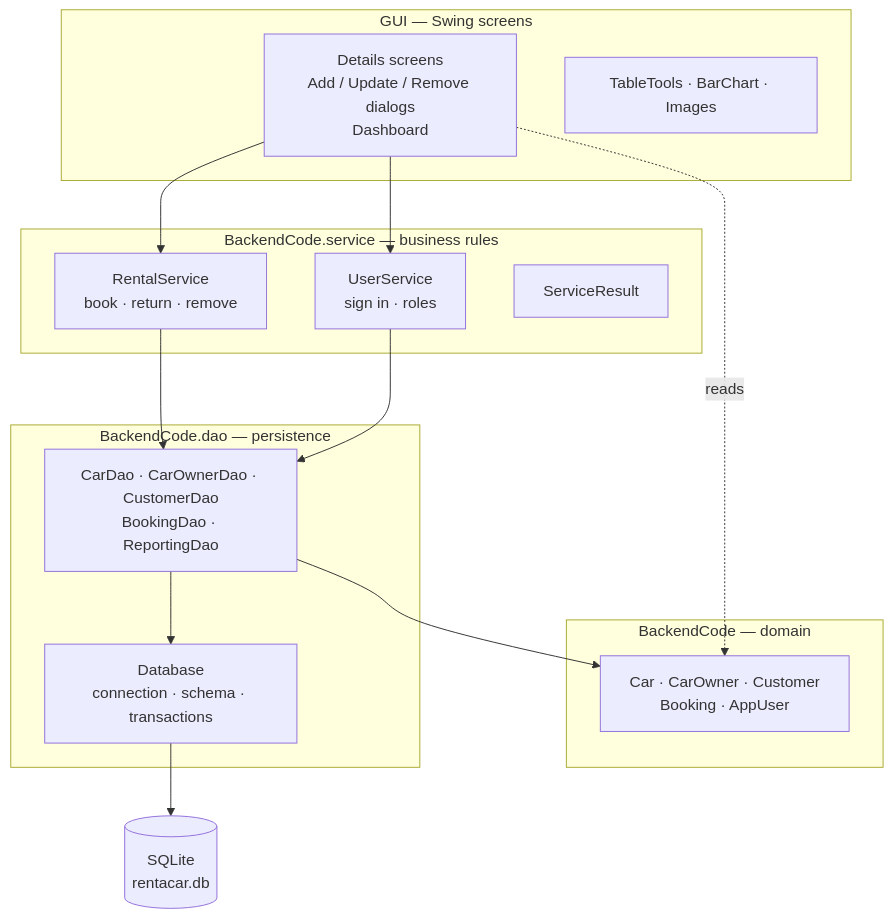
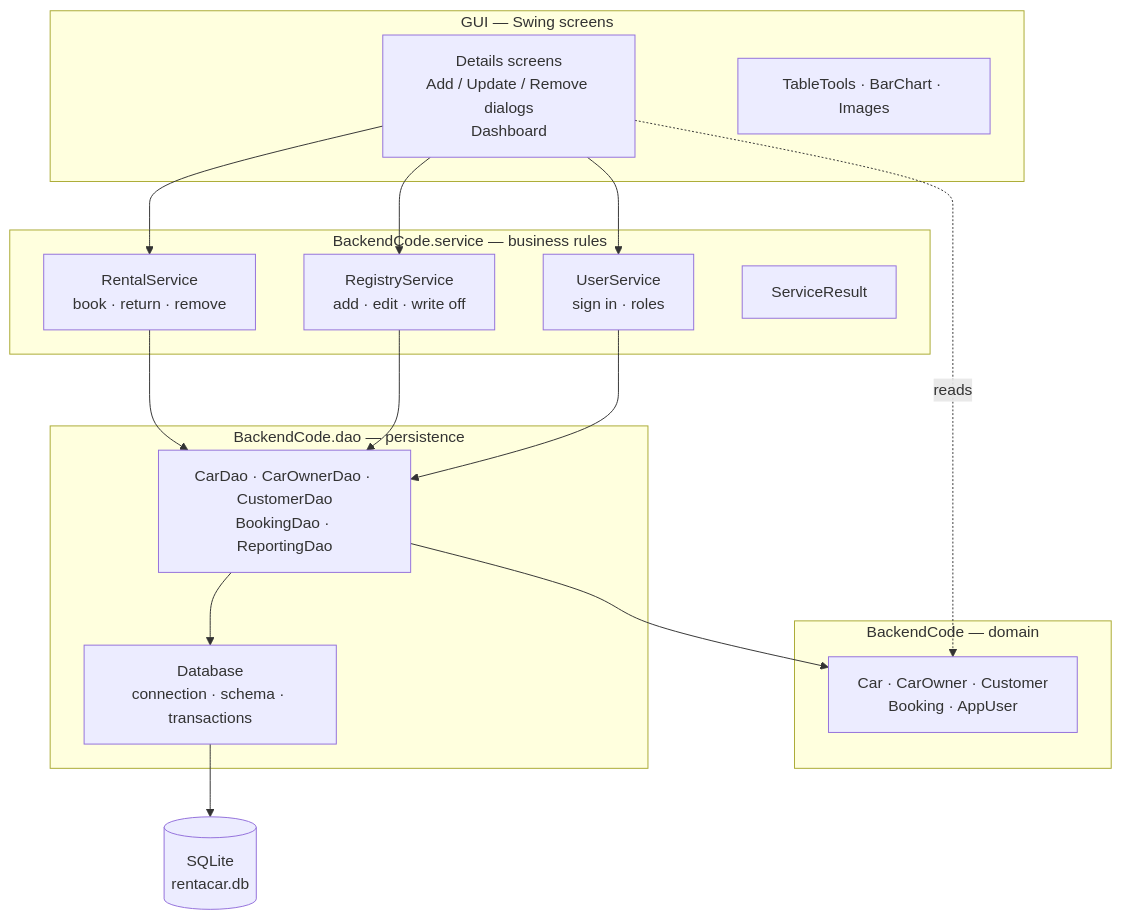
Before and after one commit to Barath-Grama/rent-a-car-management-system: the diagram in README.md, drawn with Mermaid. The commit also changed other lines of this file and 14 other files, not shown here.

````diff
--- a/README.md
+++ b/README.md
@@ -63,33 +63,36 @@
 ```mermaid
 flowchart TD
     subgraph ui["GUI — Swing screens"]
         screens["Details screens<br/>Add / Update / Remove dialogs<br/>Dashboard"]
         tools["TableTools · BarChart · Images"]
     end
 
     subgraph svc["BackendCode.service — business rules"]
         rental["RentalService<br/>book · return · remove"]
+        registry["RegistryService<br/>add · edit · write off"]
         users["UserService<br/>sign in · roles"]
         result["ServiceResult"]
     end
 
     subgraph model["BackendCode — domain"]
         domain["Car · CarOwner · Customer<br/>Booking · AppUser"]
     end
 
     subgraph data["BackendCode.dao — persistence"]
         daos["CarDao · CarOwnerDao · CustomerDao<br/>BookingDao · ReportingDao"]
         db["Database<br/>connection · schema · transactions"]
     end
 
     sqlite[("SQLite<br/>rentacar.db")]
 
     screens --> rental
+    screens --> registry
     screens --> users
     rental --> daos
+    registry --> daos
     users --> daos
     screens -.reads.-> domain
     daos --> domain
     daos --> db
     db --> sqlite
 ```
````
